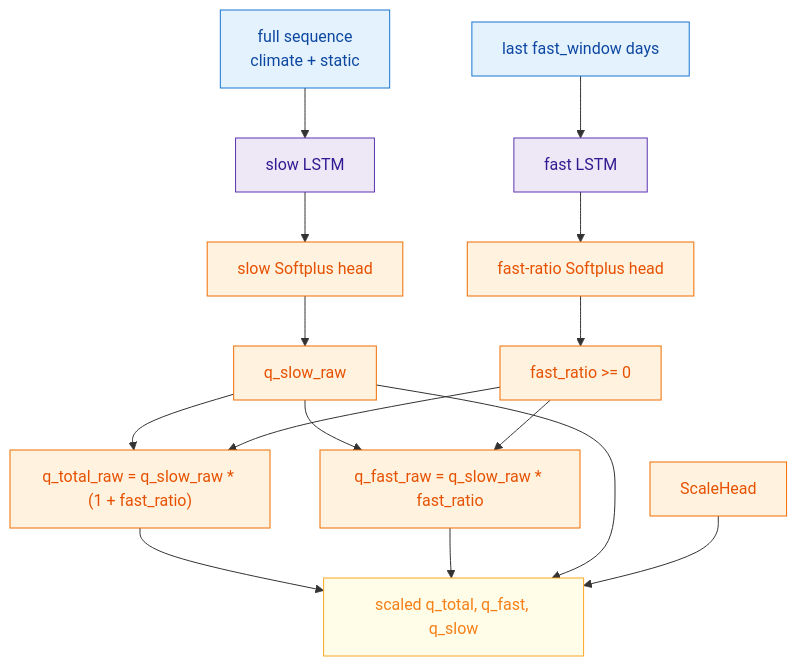
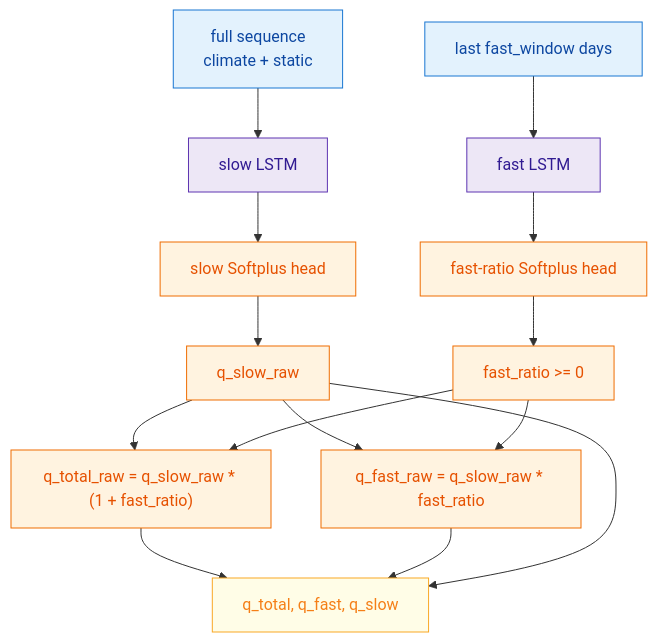
The fourth of 6 diagrams in docs/models/lstm.md (wyattarnold/neuralhyd-ca), drawn with Mermaid before and after one commit. The commit also changed other lines of this file and 7 other files, not shown here.

````diff
--- a/docs/models/lstm.md
+++ b/docs/models/lstm.md
@@ -269,31 +256,29 @@
 ```mermaid
 flowchart TD
     XFull["full sequence<br/>climate + static"]:::input
     XFast["last fast_window days"]:::input
     SlowLSTM["slow LSTM"]:::seq
     FastLSTM["fast LSTM"]:::seq
     SlowHead["slow Softplus head"]:::head
     FastHead["fast-ratio Softplus head"]:::head
     QSlowRaw["q_slow_raw"]:::head
     Ratio["fast_ratio >= 0"]:::head
     QFastRaw["q_fast_raw = q_slow_raw * fast_ratio"]:::head
     QTotalRaw["q_total_raw = q_slow_raw * (1 + fast_ratio)"]:::head
-    Scale["ScaleHead"]:::head
-    Outputs["scaled q_total, q_fast, q_slow"]:::output
+    Outputs["q_total, q_fast, q_slow"]:::output
 
     XFull --> SlowLSTM --> SlowHead --> QSlowRaw
     XFast --> FastLSTM --> FastHead --> Ratio
     QSlowRaw --> QFastRaw
     Ratio --> QFastRaw
     QSlowRaw --> QTotalRaw
     Ratio --> QTotalRaw
     QTotalRaw --> Outputs
     QFastRaw --> Outputs
     QSlowRaw --> Outputs
-    Scale --> Outputs
 
     classDef input fill:#e3f2fd,stroke:#1976d2,color:#0d47a1
     classDef seq fill:#ede7f6,stroke:#5e35b1,color:#311b92
     classDef head fill:#fff3e0,stroke:#ef6c00,color:#e65100
     classDef output fill:#fffde7,stroke:#f9a825,color:#f57f17
 ```
````
